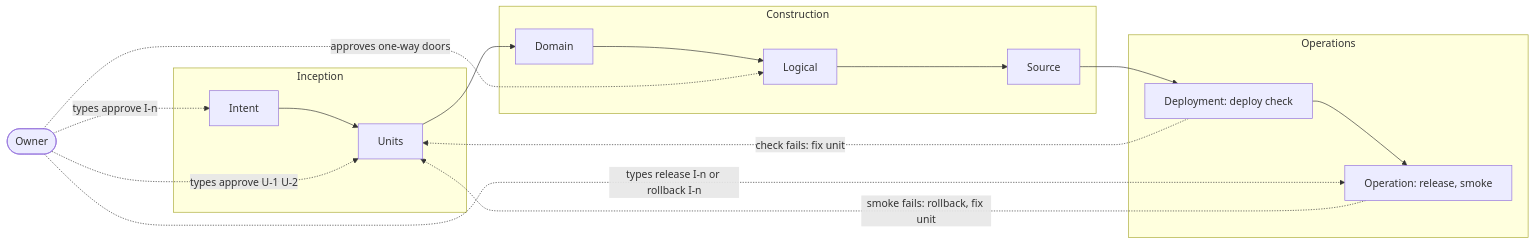
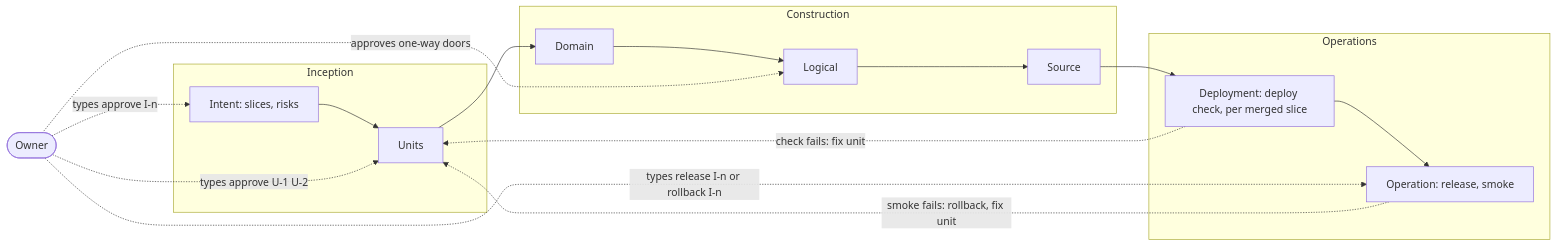
One commit to Scrollout/aidlc-team-plugin changed the diagram in docs/design/grid.md. Above: the diagram before and after it, drawn with Mermaid. The commit also changed other lines of this file and 18 other files, not shown here.

````diff
--- a/docs/design/grid.md
+++ b/docs/design/grid.md
@@ -10,21 +10,21 @@
 ```mermaid
 flowchart LR
   owner([Owner])
   subgraph Inception
-    I[Intent] --> U[Units]
+    I[Intent: slices, risks] --> U[Units]
   end
   subgraph Construction
     D[Domain] --> L[Logical] --> S[Source]
   end
   subgraph Operations
-    P[Deployment: deploy check] --> O[Operation: release, smoke]
+    P[Deployment: deploy check, per merged slice] --> O[Operation: release, smoke]
   end
   U --> D
   S --> P
   P -. check fails: fix unit .-> U
   O -. smoke fails: rollback, fix unit .-> U
   owner -. types approve I-n .-> I
   owner -. types approve U-1 U-2 .-> U
   owner -. approves one-way doors .-> L
   owner -. types release I-n or rollback I-n .-> O
 ```
````
